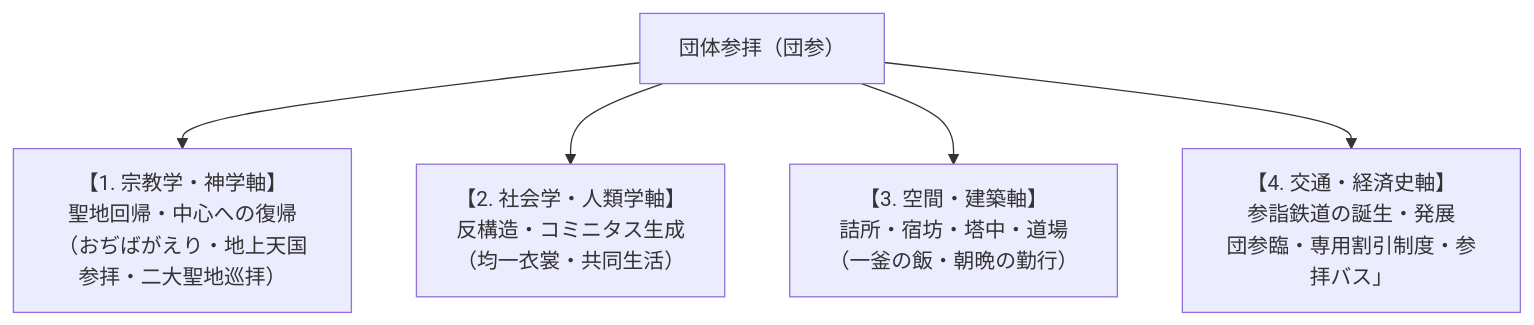
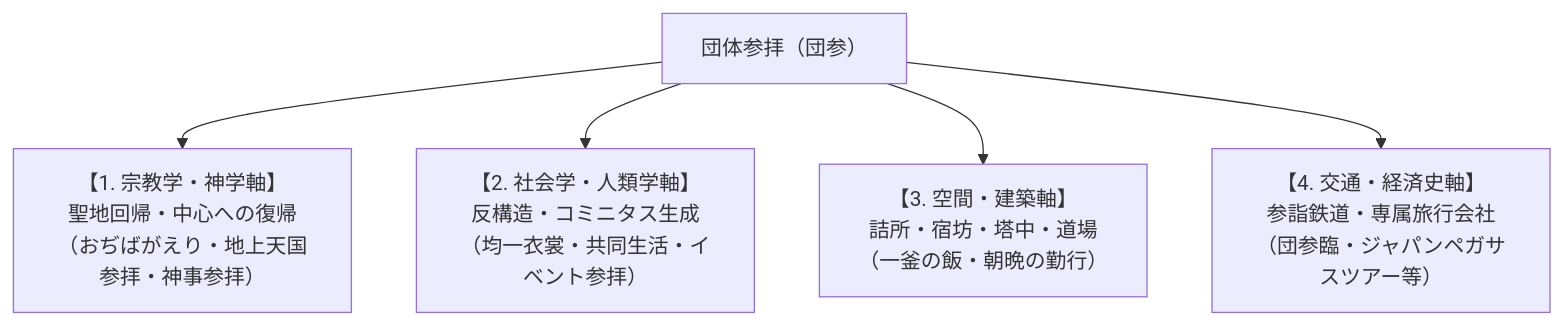
Before and after one commit to iida-masashi/religion-garden: the diagram in content/01_宗派・異端研究/10_概念・原典・事件・拠点/団体参拝.md, drawn with Mermaid. The commit also changed other lines of this file and 3 other files, not shown here.

````diff
--- a/content/01_宗派・異端研究/10_概念・原典・事件・拠点/団体参拝.md
+++ b/content/01_宗派・異端研究/10_概念・原典・事件・拠点/団体参拝.md
@@ -26,7 +26,7 @@
 ```mermaid
 graph TD
-    A["団体参拝（団参）"] --> B1["【1. 宗教学・神学軸】<br>聖地回帰・中心への復帰<br>（おぢばがえり・地上天国参拝・二大聖地巡拝）"]
-    A --> B2["【2. 社会学・人類学軸】<br>反構造・コミニタス生成<br>（均一衣裳・共同生活）"]
+    A["団体参拝（団参）"] --> B1["【1. 宗教学・神学軸】<br>聖地回帰・中心への復帰<br>（おぢばがえり・地上天国参拝・神事参拝）"]
+    A --> B2["【2. 社会学・人類学軸】<br>反構造・コミニタス生成<br>（均一衣裳・共同生活・イベント参拝）"]
     A --> B3["【3. 空間・建築軸】<br>詰所・宿坊・塔中・道場<br>（一釜の飯・朝晩の勤行）"]
-    A --> B4["【4. 交通・経済史軸】<br>参詣鉄道の誕生・発展<br>団参臨・専用割引制度・参拝バス」"]
+    A --> B4["【4. 交通・経済史軸】<br>参詣鉄道・専属旅行会社<br>（団参臨・ジャパンペガサスツアー等）"]
 ```
````
